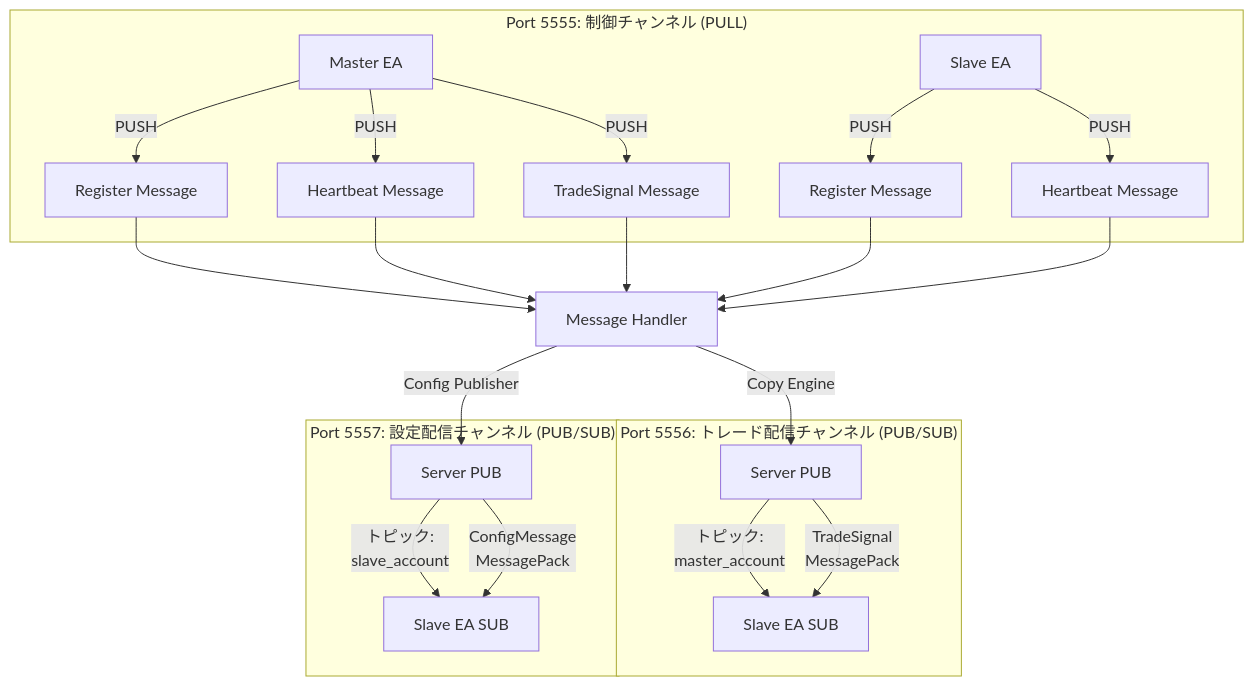
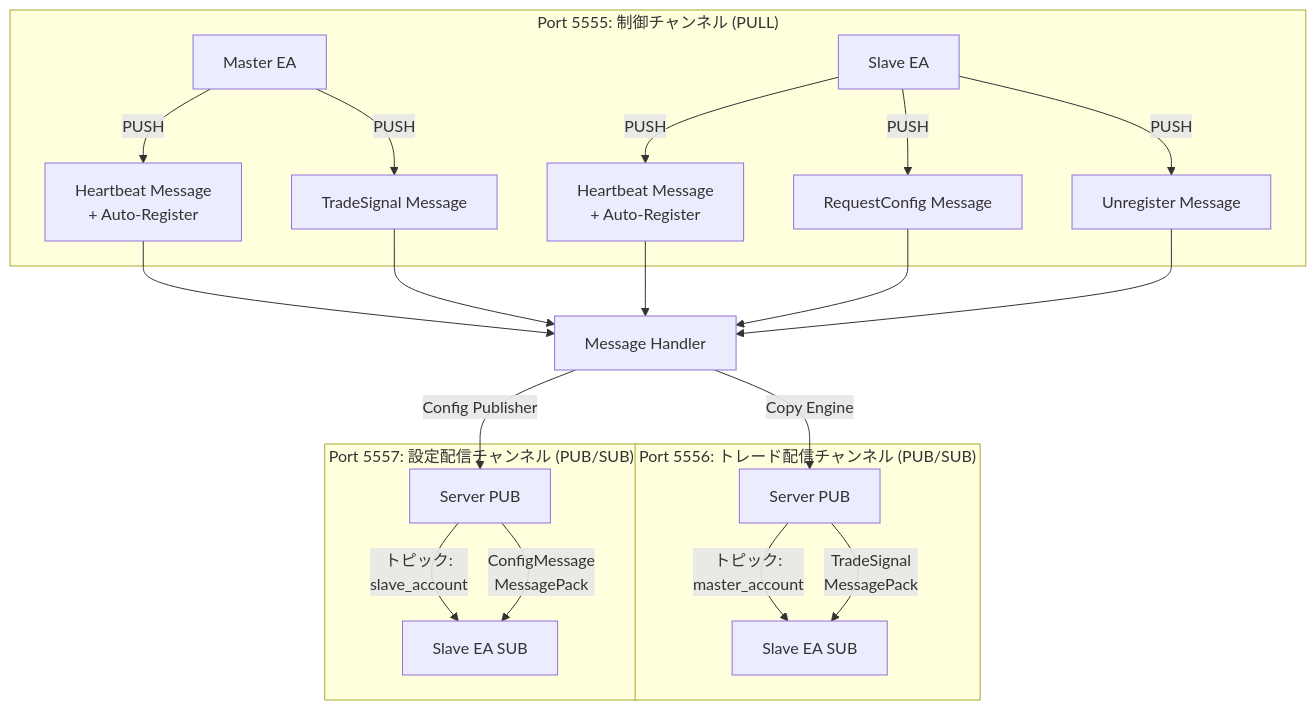
The fourth of 8 diagrams in docs/architecture.md (poruru210/sankey-copier), drawn with Mermaid before and after one commit. The commit also changed other lines of this file and 2 other files, not shown here.

Commit message:
docs: Update documentation for Heartbeat-based auto-registration
Remove RegisterMessage references and update documentation to reflect
the new auto-registration flow:

- HeartbeatMessage now includes full EA information for auto-registration
- Slave EAs send RequestConfigMessage after first successful Heartbeat
- Updated all sequence diagrams to show new flow
- Updated message structure definitions
- Updated size comparison tables

Files updated:
- docs/api-specification.md
- docs/architecture.md
- docs/data-model.md

🤖 Generated with [Claude Code](https://claude.com/claude-code)

````diff
--- a/docs/architecture.md
+++ b/docs/architecture.md
@@ -365,29 +365,29 @@
 ```mermaid
 graph TB
     subgraph "Port 5555: 制御チャンネル (PULL)"
-        A[Master EA] -->|PUSH| B[Register Message]
-        A -->|PUSH| C[Heartbeat Message]
+        A[Master EA] -->|PUSH| C[Heartbeat Message<br/>+ Auto-Register]
         A -->|PUSH| D[TradeSignal Message]
-        E[Slave EA] -->|PUSH| F[Register Message]
-        E -->|PUSH| G[Heartbeat Message]
+        E[Slave EA] -->|PUSH| G[Heartbeat Message<br/>+ Auto-Register]
+        E -->|PUSH| H[RequestConfig Message]
+        E -->|PUSH| I[Unregister Message]
     end
 
     subgraph "Port 5556: トレード配信チャンネル (PUB/SUB)"
-        H[Server PUB] -->|トピック:<br/>master_account| I[Slave EA SUB]
-        H -->|TradeSignal<br/>MessagePack| I
+        J[Server PUB] -->|トピック:<br/>master_account| K[Slave EA SUB]
+        J -->|TradeSignal<br/>MessagePack| K
     end
 
     subgraph "Port 5557: 設定配信チャンネル (PUB/SUB)"
-        J[Server PUB] -->|トピック:<br/>slave_account| K[Slave EA SUB]
-        J -->|ConfigMessage<br/>MessagePack| K
+        L[Server PUB] -->|トピック:<br/>slave_account| M[Slave EA SUB]
+        L -->|ConfigMessage<br/>MessagePack| M
     end
 
-    B --> L[Message Handler]
-    C --> L
-    D --> L
-    F --> L
-    G --> L
+    C --> N[Message Handler]
+    D --> N
+    G --> N
+    H --> N
+    I --> N
 
-    L -->|Copy Engine| H
-    L -->|Config Publisher| J
+    N -->|Copy Engine| J
+    N -->|Config Publisher| L
 ```
````
